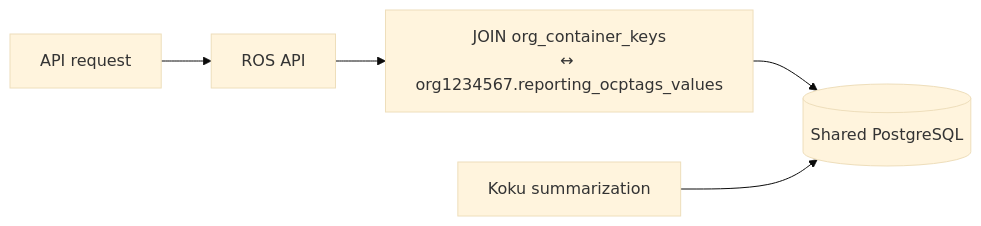
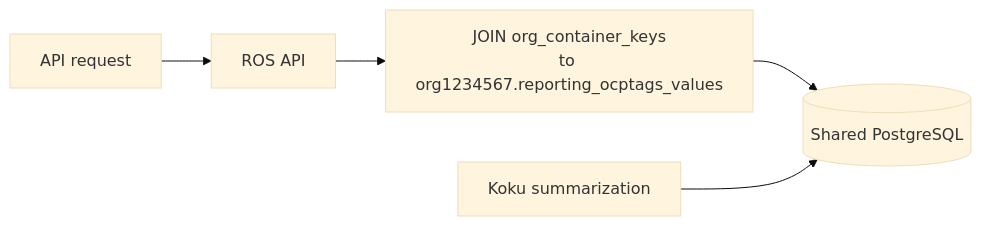
The diagram in docs-site/configuration.md (pgarciaq/ros-ocp-backend), drawn with Mermaid (base theme) before and after one commit. The commit also changed 3 other files, not shown here.

First line of the commit message:
Fix remaining Mermaid v11 syntax errors in tag-filtering docs.

````diff
--- a/docs-site/configuration.md
+++ b/docs-site/configuration.md
@@ -237,7 +237,7 @@
 ```mermaid
 flowchart LR
-    USER[API request] --> ROS[ROS API]
-    ROS --> JOIN["JOIN org_container_keys<br/>↔ org1234567.reporting_ocptags_values"]
-    JOIN --> PG[(Shared PostgreSQL)]
-    KOKU[Koku summarization] --> PG
+    USER["API request"] --> ROS["ROS API"]
+    ROS --> JOIN["JOIN org_container_keys<br/>to org1234567.reporting_ocptags_values"]
+    JOIN --> PG[("Shared PostgreSQL")]
+    KOKU["Koku summarization"] --> PG
 ```
````
